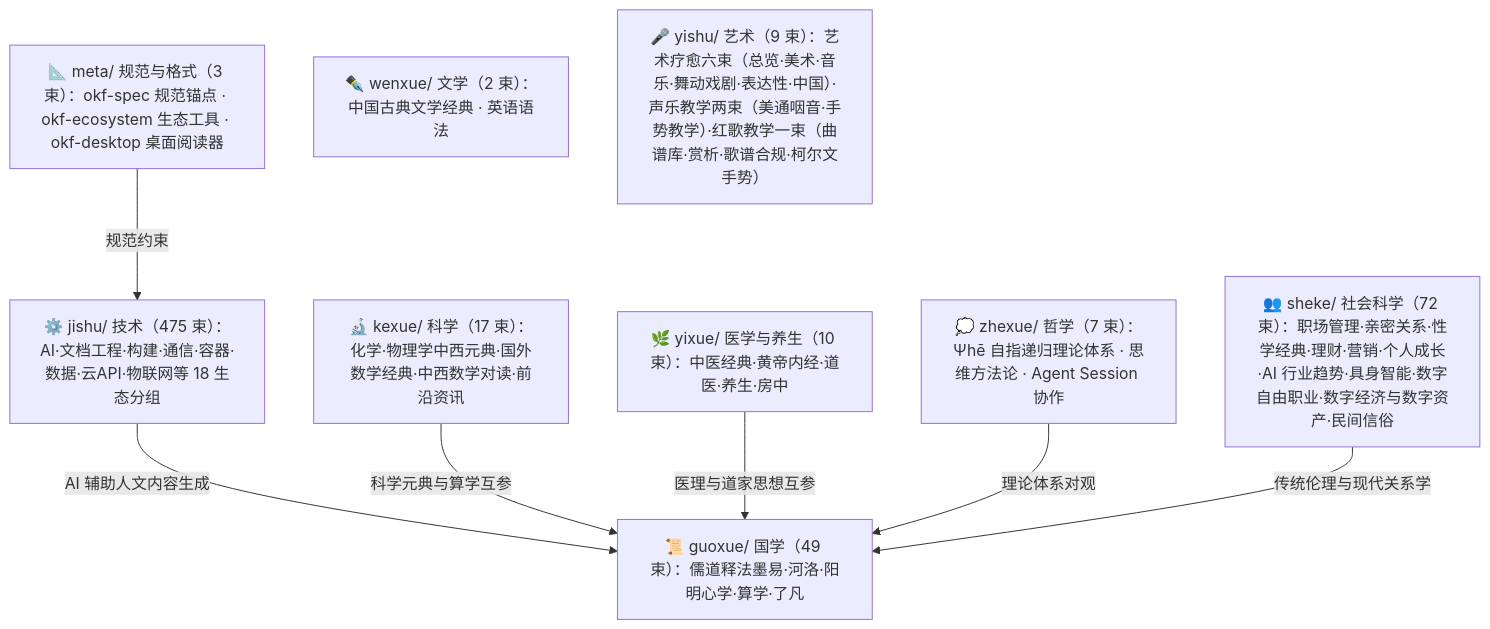
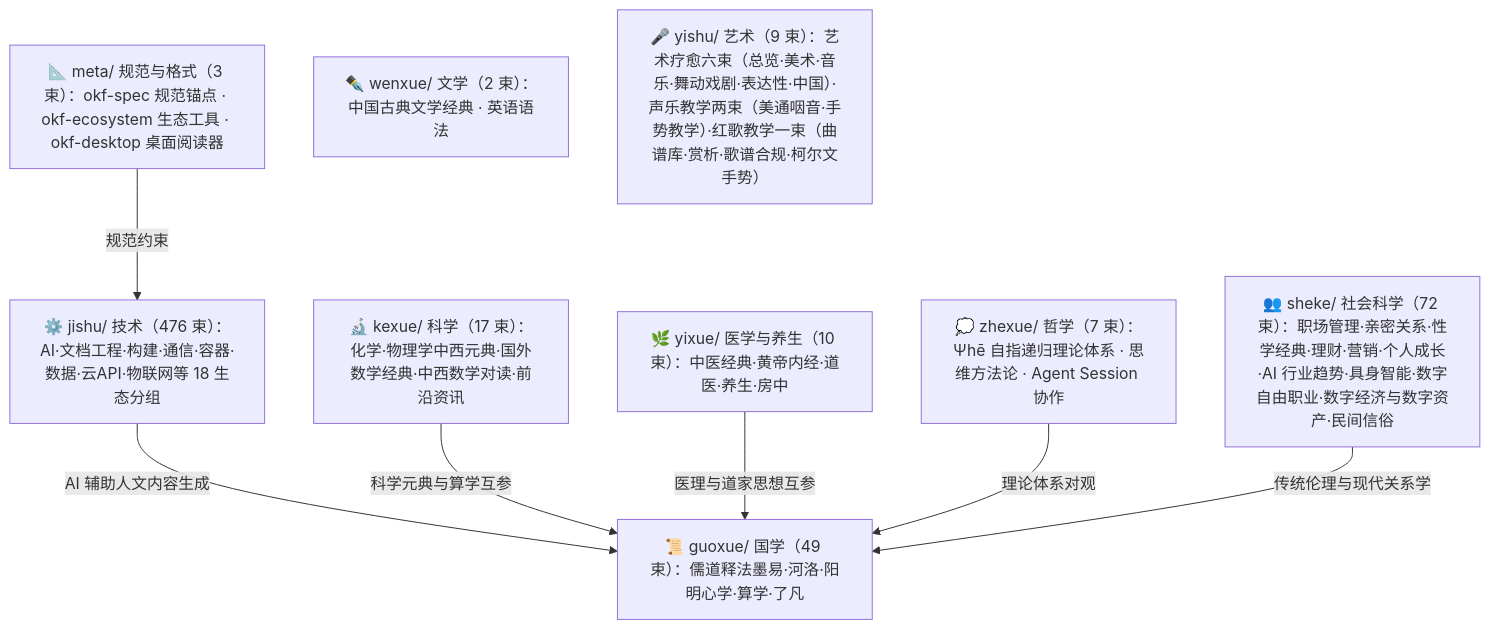
The diagram in doc/bundles/index.md (awesome-flexloop/awesome-okf), drawn with Mermaid before and after one commit. The commit also changed other lines of this file and 14 other files, not shown here.

````diff
--- a/doc/bundles/index.md
+++ b/doc/bundles/index.md
@@ -21,18 +21,18 @@
 ```mermaid
 flowchart TD
     meta["📐 meta/ 规范与格式（3 束）：okf-spec 规范锚点 · okf-ecosystem 生态工具 · okf-desktop 桌面阅读器"]
     guoxue["📜 guoxue/ 国学（49 束）：儒道释法墨易·河洛·阳明心学·算学·了凡"]
     zhexue["💭 zhexue/ 哲学（7 束）：Ψhē 自指递归理论体系 · 思维方法论 · Agent Session 协作"]
     kexue["🔬 kexue/ 科学（17 束）：化学·物理学中西元典·国外数学经典·中西数学对读·前沿资讯"]
     wenxue["✒️ wenxue/ 文学（2 束）：中国古典文学经典 · 英语语法"]
     yixue["🌿 yixue/ 医学与养生（10 束）：中医经典·黄帝内经·道医·养生·房中"]
     sheke["👥 sheke/ 社会科学（72 束）：职场管理·亲密关系·性学经典·理财·营销·个人成长·AI 行业趋势·具身智能·数字自由职业·数字经济与数字资产·民间信俗"]
     yishu["🎤 yishu/ 艺术（9 束）：艺术疗愈六束（总览·美术·音乐·舞动戏剧·表达性·中国）·声乐教学两束（美通咽音·手势教学）·红歌教学一束（曲谱库·赏析·歌谱合规·柯尔文手势）"]
-    jishu["⚙️ jishu/ 技术（475 束）：AI·文档工程·构建·通信·容器·数据·云API·物联网等 18 生态分组"]
+    jishu["⚙️ jishu/ 技术（476 束）：AI·文档工程·构建·通信·容器·数据·云API·物联网等 18 生态分组"]
     meta -->|"规范约束"| jishu
     jishu -->|"AI 辅助人文内容生成"| guoxue
     kexue -->|"科学元典与算学互参"| guoxue
     yixue -->|"医理与道家思想互参"| guoxue
     zhexue -->|"理论体系对观"| guoxue
     sheke -->|"传统伦理与现代关系学"| guoxue
 ```
````
